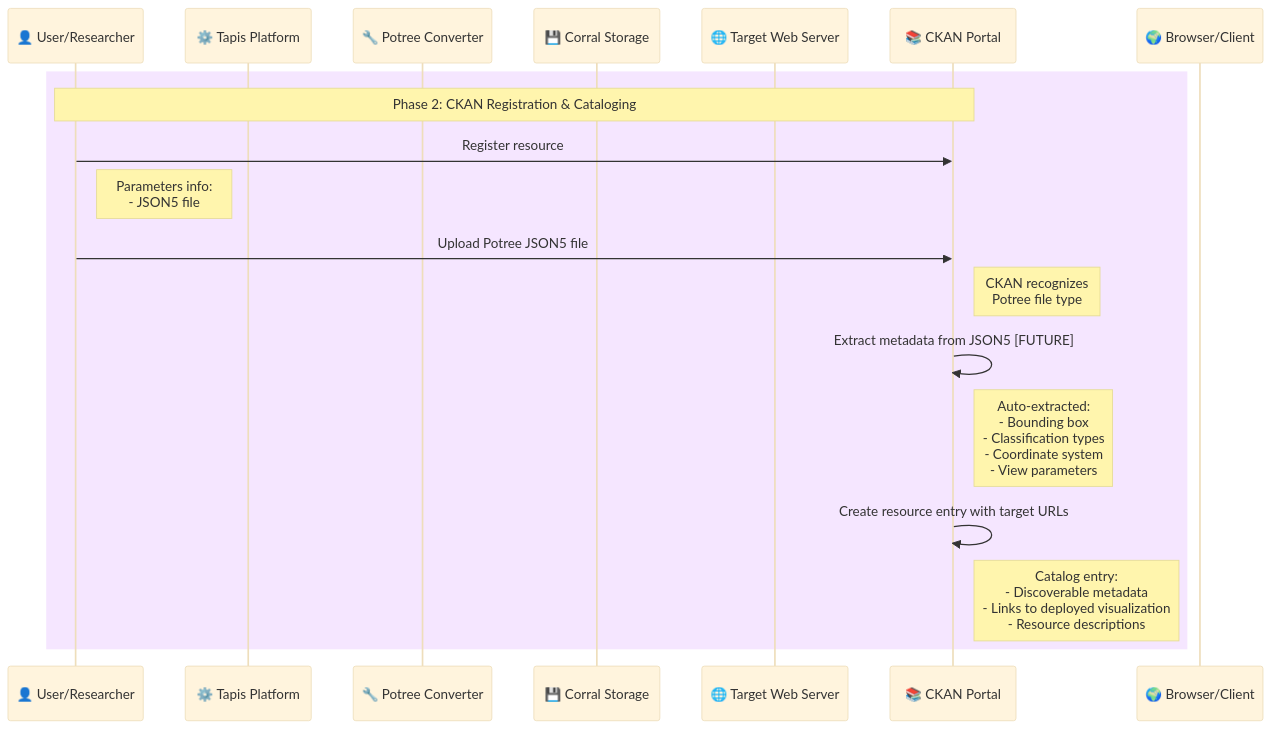
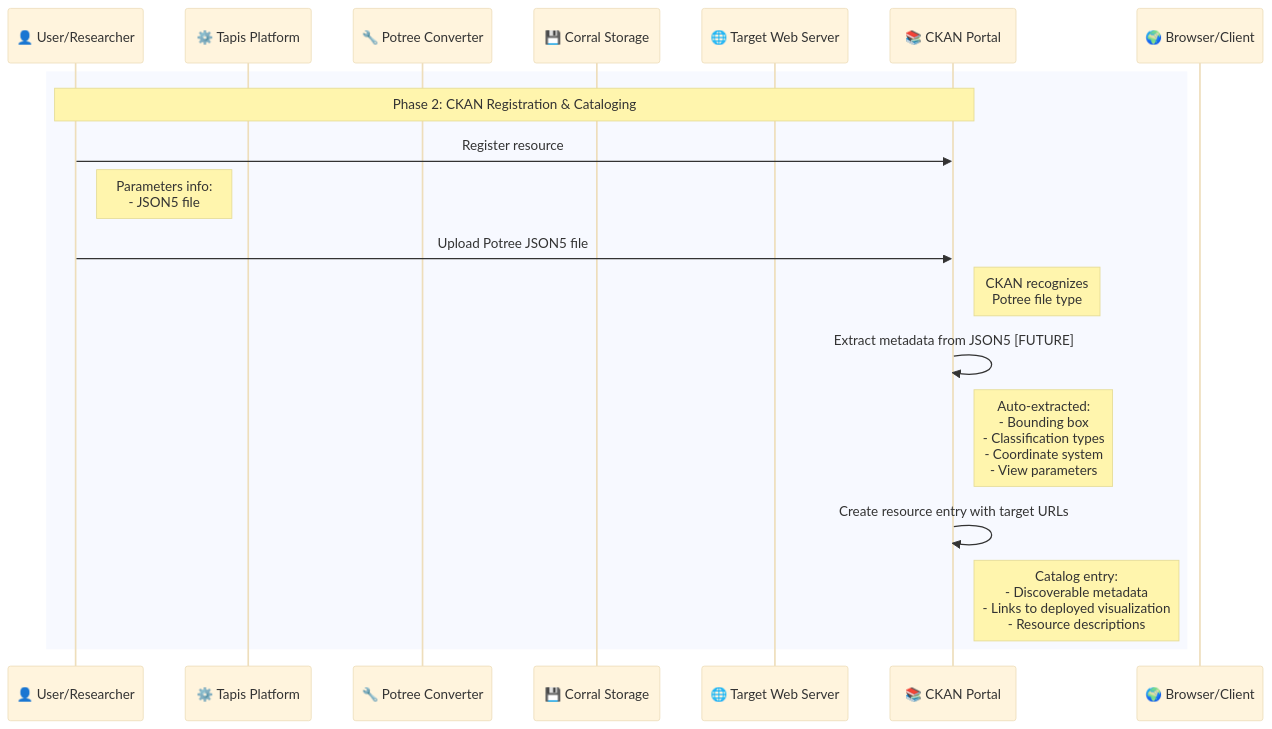
One commit to In-For-Disaster-Analytics/potree changed the second of 5 diagrams in README-pipeline.md. Above: the diagram before and after it, drawn with Mermaid (base theme). The commit also changed other lines of this file, not shown here.

````diff
--- a/README-pipeline.md
+++ b/README-pipeline.md
@@ -113,27 +113,27 @@
 ```mermaid
 sequenceDiagram
     participant User as 👤 User/Researcher
     participant Tapis as ⚙️ Tapis Platform
     participant Potree as 🔧 Potree Converter
     participant Corral as 💾 Corral Storage
     participant Target as 🌐 Target Web Server
     participant CKAN as 📚 CKAN Portal
     participant Browser as 🌍 Browser/Client
 
     %% CKAN Registration Phase
-    rect rgb(245, 230, 255)
+    rect
         Note over User,CKAN: Phase 2: CKAN Registration & Cataloging
         User->>CKAN: Register resource
         Note right of User: Parameters info:<br/>- JSON5 file
 
         User->>CKAN: Upload Potree JSON5 file
         Note right of CKAN: CKAN recognizes<br/>Potree file type
 
         CKAN->>CKAN: Extract metadata from JSON5 [FUTURE]
         Note right of CKAN: Auto-extracted:<br/>- Bounding box<br/>- Classification types<br/>- Coordinate system<br/>- View parameters
 
         CKAN->>CKAN: Create resource entry with target URLs
         Note right of CKAN: Catalog entry:<br/>- Discoverable metadata<br/>- Links to deployed visualization<br/>- Resource descriptions
     end
 
 ```
````
